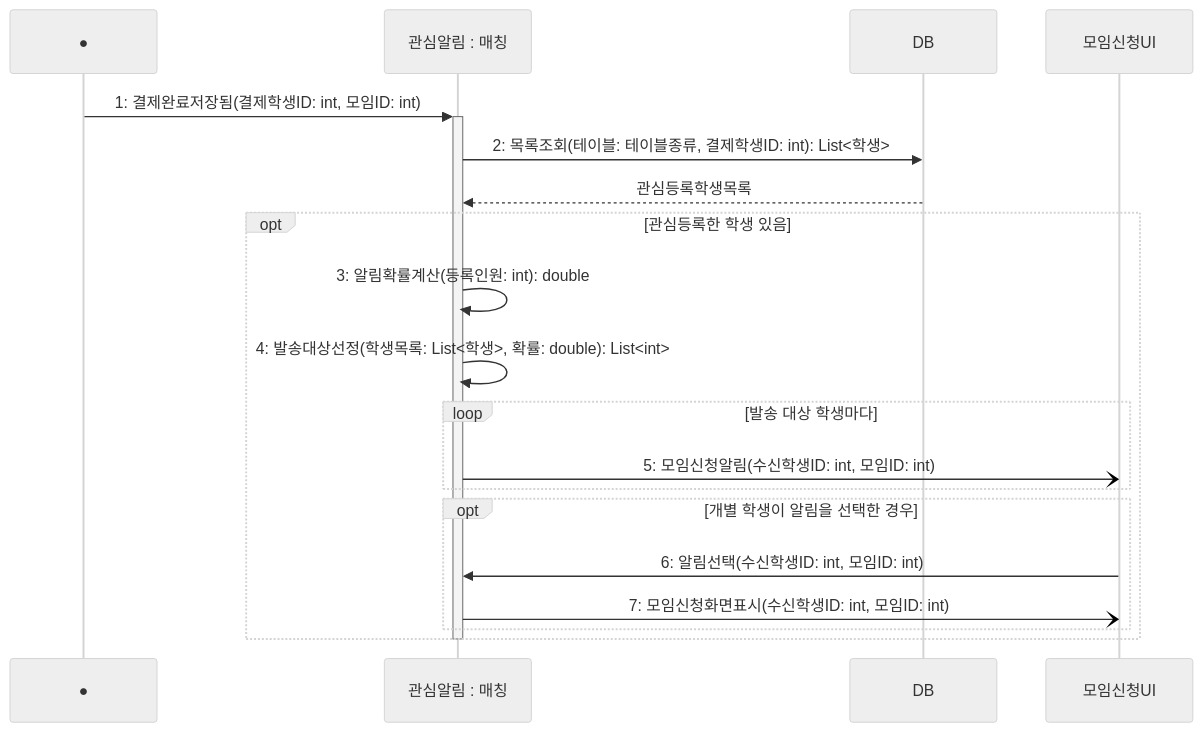
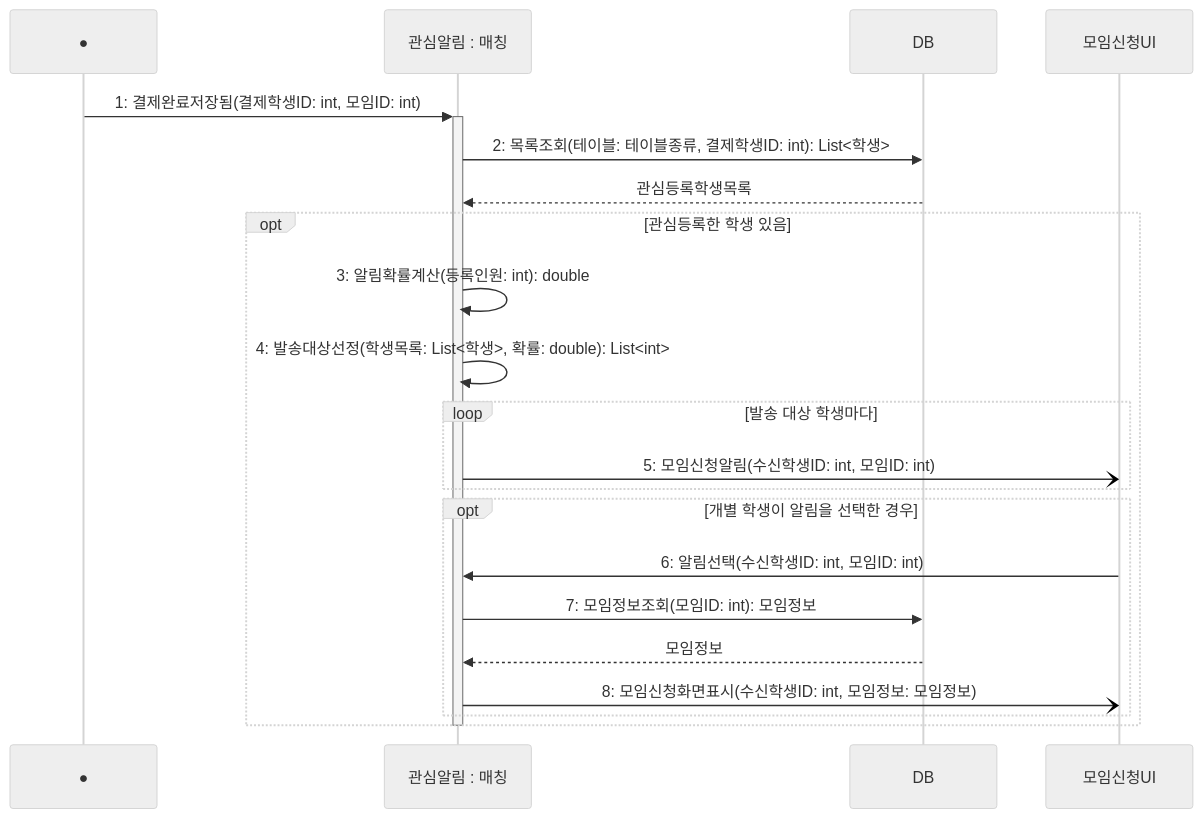
The diagram in presentation/03/2-sequence.md (hojae3/sw-engineering-16), drawn with Mermaid (neutral theme) before and after one commit. The commit also changed other lines of this file and 2 other files, not shown here.

Commit message:
[presentation] 3번: 신청 화면 내용 출처 보완 (모임정보조회 추가, 모임신청화면표시에 모임정보)

````diff
--- a/presentation/03/2-sequence.md
+++ b/presentation/03/2-sequence.md
@@ -5,24 +5,26 @@
 ```mermaid
 sequenceDiagram
     participant Found as ●
     participant 알림 as 관심알림 : 매칭
     participant DB as DB
     participant 화면 as 모임신청UI
 
     Found->>+알림: 1: 결제완료저장됨(결제학생ID: int, 모임ID: int)
     알림->>DB: 2: 목록조회(테이블: 테이블종류, 결제학생ID: int): List<학생>
     DB-->>알림: 관심등록학생목록
 
     opt 관심등록한 학생 있음
         알림->>알림: 3: 알림확률계산(등록인원: int): double
         알림->>알림: 4: 발송대상선정(학생목록: List<학생>, 확률: double): List<int>
         loop 발송 대상 학생마다
             알림-)화면: 5: 모임신청알림(수신학생ID: int, 모임ID: int)
         end
         opt 개별 학생이 알림을 선택한 경우
             화면->>알림: 6: 알림선택(수신학생ID: int, 모임ID: int)
-            알림-)화면: 7: 모임신청화면표시(수신학생ID: int, 모임ID: int)
+            알림->>DB: 7: 모임정보조회(모임ID: int): 모임정보
+            DB-->>알림: 모임정보
+            알림-)화면: 8: 모임신청화면표시(수신학생ID: int, 모임정보: 모임정보)
         end
     end
     deactivate 알림
 ```
````
